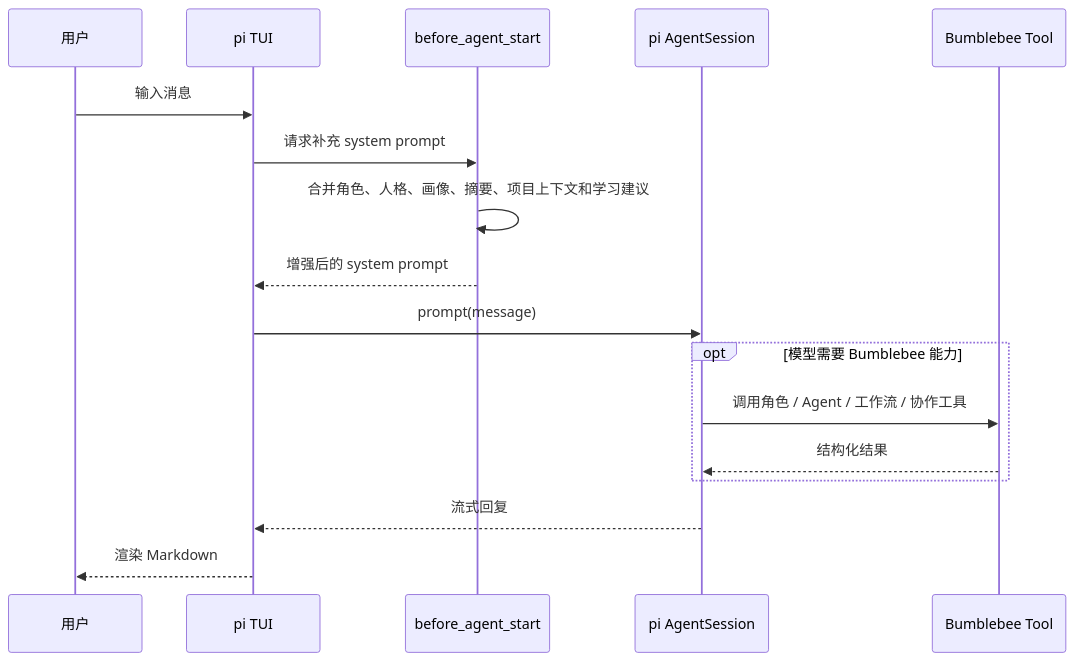
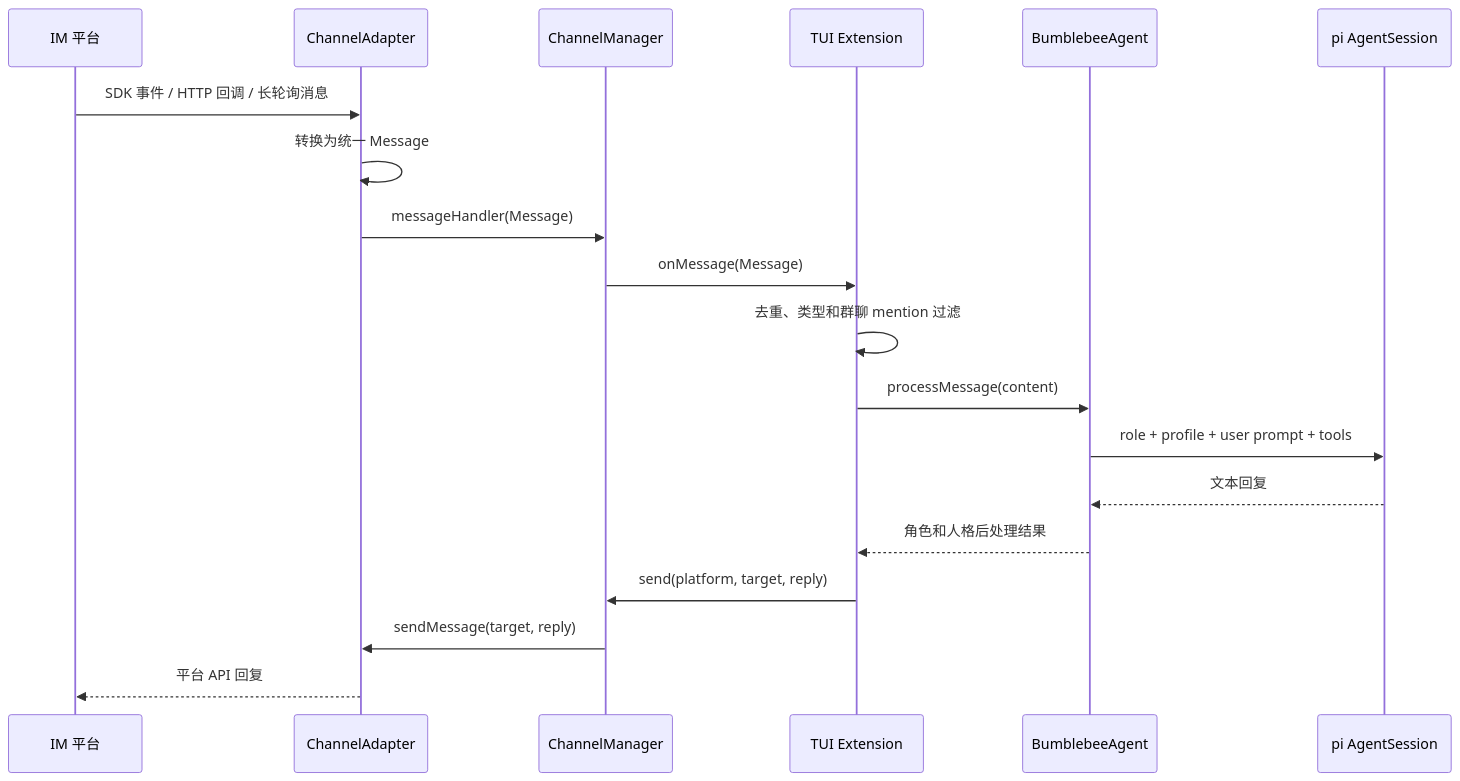
One commit to ReadNULL/Bumblebee changed the third of 9 diagrams in docs/interview-guide.md. Above: the diagram before and after it, drawn with Mermaid. The commit also changed other lines of this file and 5 other files, not shown here.

````diff
--- a/docs/interview-guide.md
+++ b/docs/interview-guide.md
@@ -117,20 +142,22 @@
 ```mermaid
 sequenceDiagram
-    participant U as 用户
-    participant TUI as pi TUI
-    participant Hook as before_agent_start
-    participant A as pi AgentSession
-    participant Tool as Bumblebee Tool
+    participant P as IM 平台
+    participant A as ChannelAdapter
+    participant C as ChannelManager
+    participant E as TUI Extension
+    participant B as BumblebeeAgent
+    participant S as pi AgentSession
 
-    U->>TUI: 输入消息
-    TUI->>Hook: 请求补充 system prompt
-    Hook->>Hook: 合并角色、人格、画像、摘要、项目上下文和学习建议
-    Hook-->>TUI: 增强后的 system prompt
-    TUI->>A: prompt(message)
-    opt 模型需要 Bumblebee 能力
-        A->>Tool: 调用角色 / Agent / 工作流 / 协作工具
-        Tool-->>A: 结构化结果
-    end
-    A-->>TUI: 流式回复
-    TUI-->>U: 渲染 Markdown
+    P->>A: SDK 事件 / HTTP 回调 / 长轮询消息
+    A->>A: 转换为统一 Message
+    A->>C: messageHandler(Message)
+    C->>E: onMessage(Message)
+    E->>E: 去重、类型和群聊 mention 过滤
+    E->>B: processMessage(content)
+    B->>S: role + profile + user prompt + tools
+    S-->>B: 文本回复
+    B-->>E: 角色和人格后处理结果
+    E->>C: send(platform, target, reply)
+    C->>A: sendMessage(target, reply)
+    A-->>P: 平台 API 回复
 ```
````
